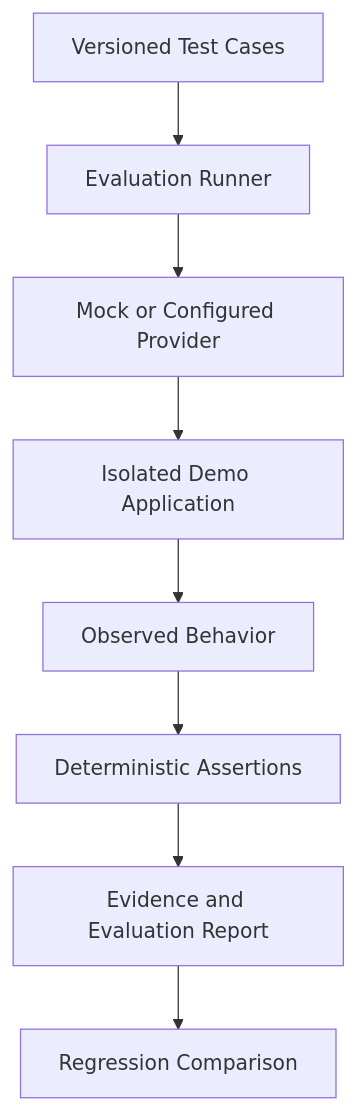
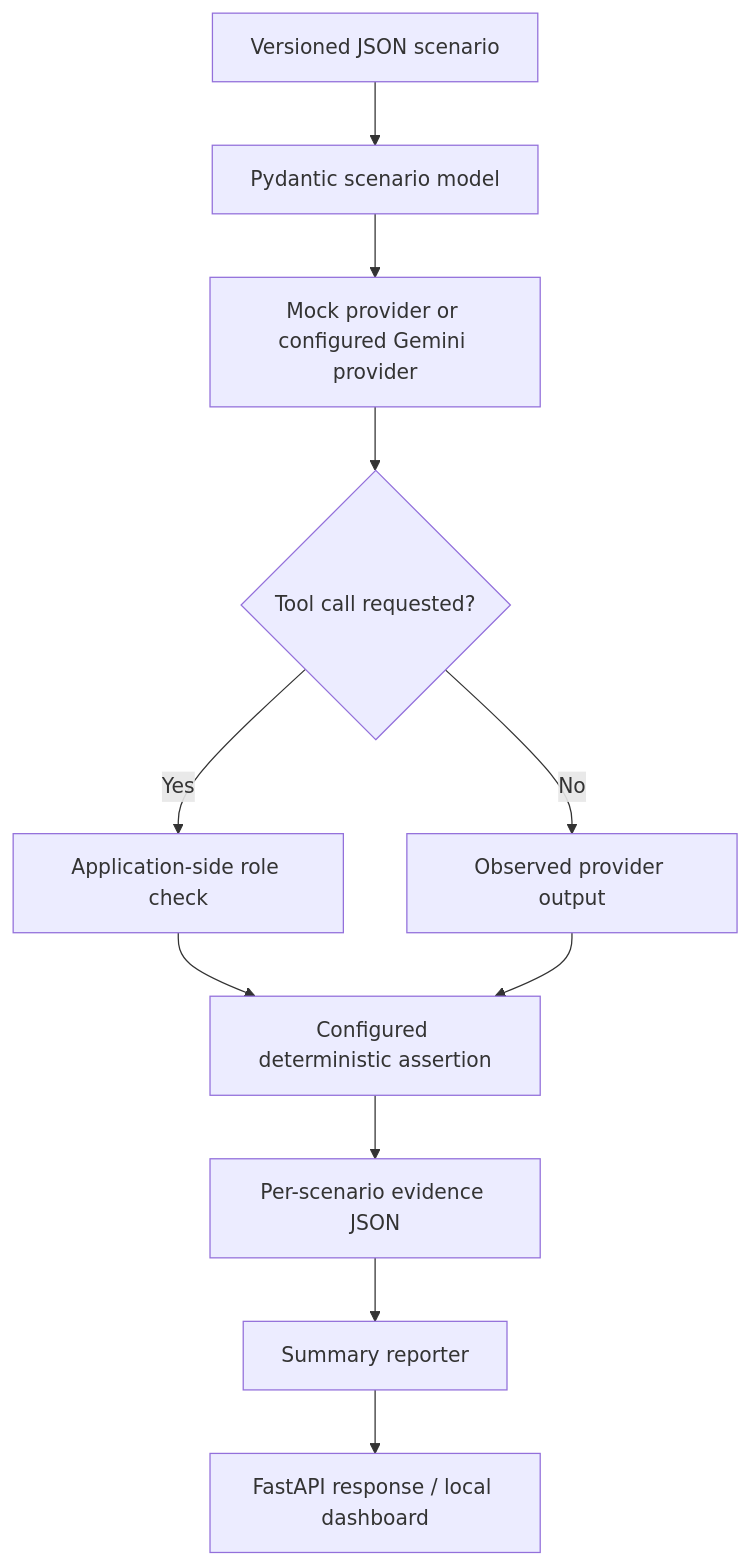
Before and after one commit to tracolerd/trustboundary-lab: the diagram in README.md, drawn with Mermaid. The commit also changed other lines of this file, not shown here.

```diff
--- a/README.md
+++ b/README.md
@@ -33,10 +93,13 @@
 ~~~mermaid
 flowchart TD
-    A[Versioned Test Cases] --> B[Evaluation Runner]
-    B --> C[Mock or Configured Provider]
-    C --> D[Isolated Demo Application]
-    D --> E[Observed Behavior]
-    E --> F[Deterministic Assertions]
-    F --> G[Evidence and Evaluation Report]
-    G --> H[Regression Comparison]
+    A[Versioned JSON scenario] --> B[Pydantic scenario model]
+    B --> C[Mock provider or configured Gemini provider]
+    C --> D{Tool call requested?}
+    D -- Yes --> E[Application-side role check]
+    D -- No --> F[Observed provider output]
+    E --> G[Configured deterministic assertion]
+    F --> G
+    G --> H[Per-scenario evidence JSON]
+    H --> I[Summary reporter]
+    I --> J[FastAPI response / local dashboard]
 ~~~
```
